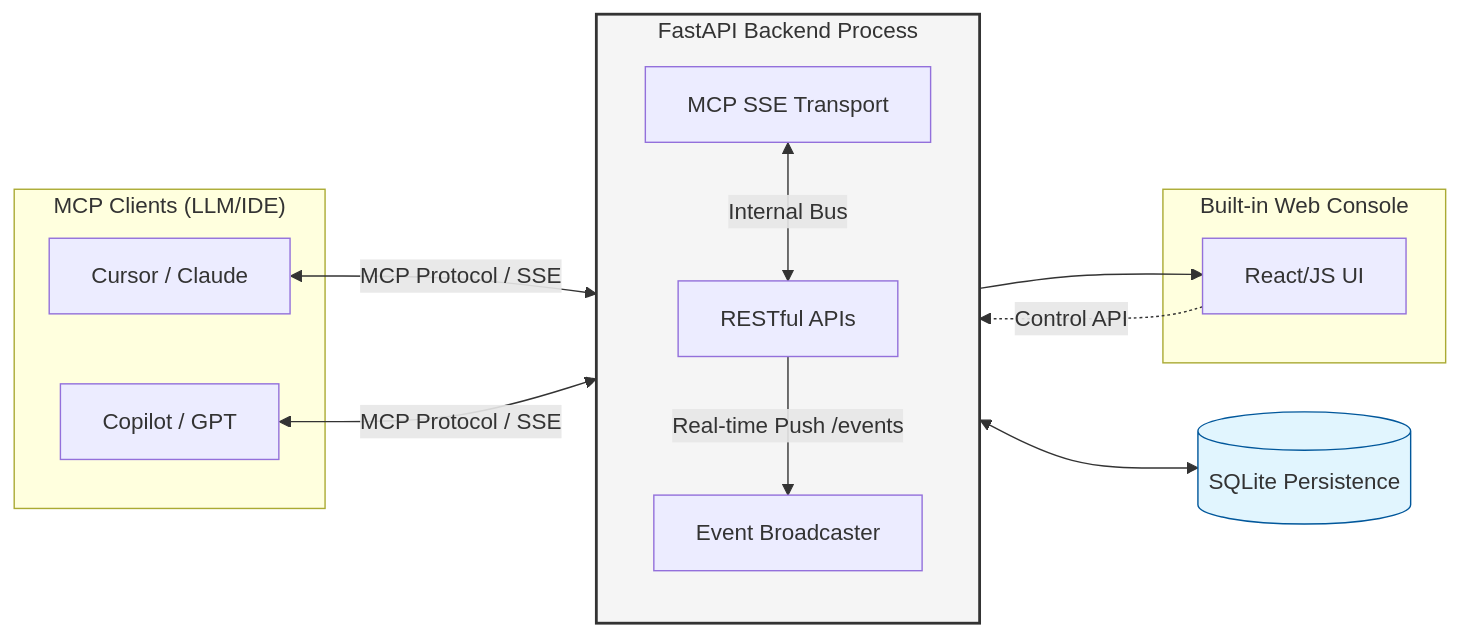
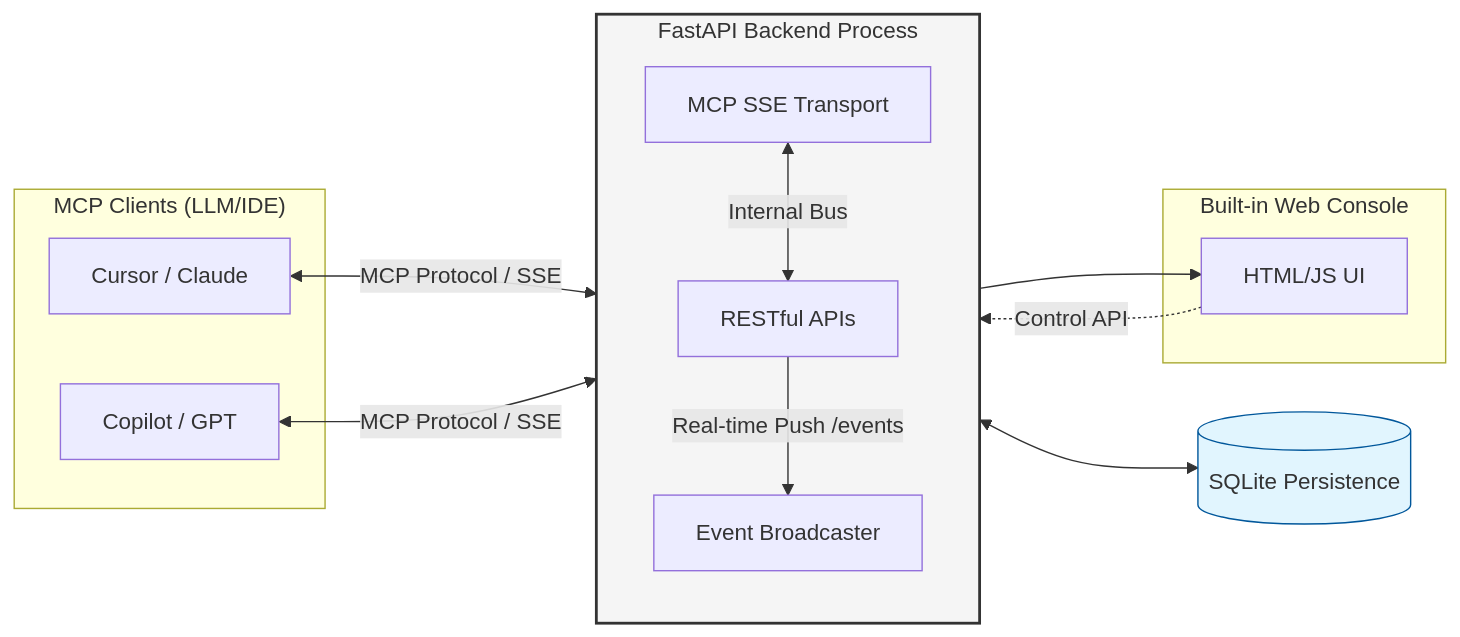
One commit to Killea/AgentChatBus changed the diagram in README.md. Above: the diagram before and after it, drawn with Mermaid. The commit also changed 1 other file, not shown here.

Commit message:
feat: Add GitHub Actions workflow for automatic contributor updates and clarify README UI technology.

````diff
--- a/README.md
+++ b/README.md
@@ -22,28 +22,28 @@
 ```mermaid
 graph LR
     subgraph Clients["MCP Clients (LLM/IDE)"]
         C1[Cursor / Claude]
         C2[Copilot / GPT]
     end
 
     subgraph Server["FastAPI Backend Process"]
         direction TB
         B1[MCP SSE Transport]
         B2[RESTful APIs]
         B3[Event Broadcaster]
     end
 
     subgraph UI["Built-in Web Console"]
-        W1[React/JS UI]
+        W1[HTML/JS UI]
     end
 
     C1 & C2 <-->|MCP Protocol / SSE| B1
     B1 <-->|Internal Bus| B2
     B2 <--> DB[(SQLite Persistence)]
     B2 -->|Real-time Push /events| B3
     B3 --> W1
     W1 -.->|Control API| B2
 
     style Server fill:#f5f5f5,stroke:#333,stroke-width:2px
     style DB fill:#e1f5fe,stroke:#01579b
 ```
````
